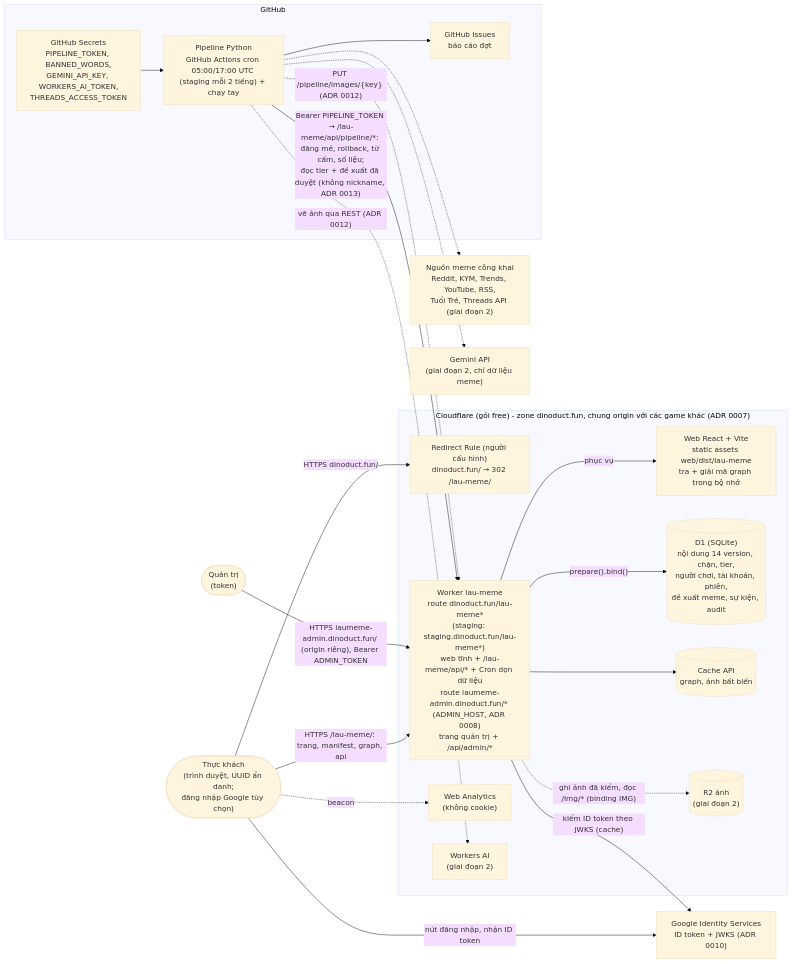
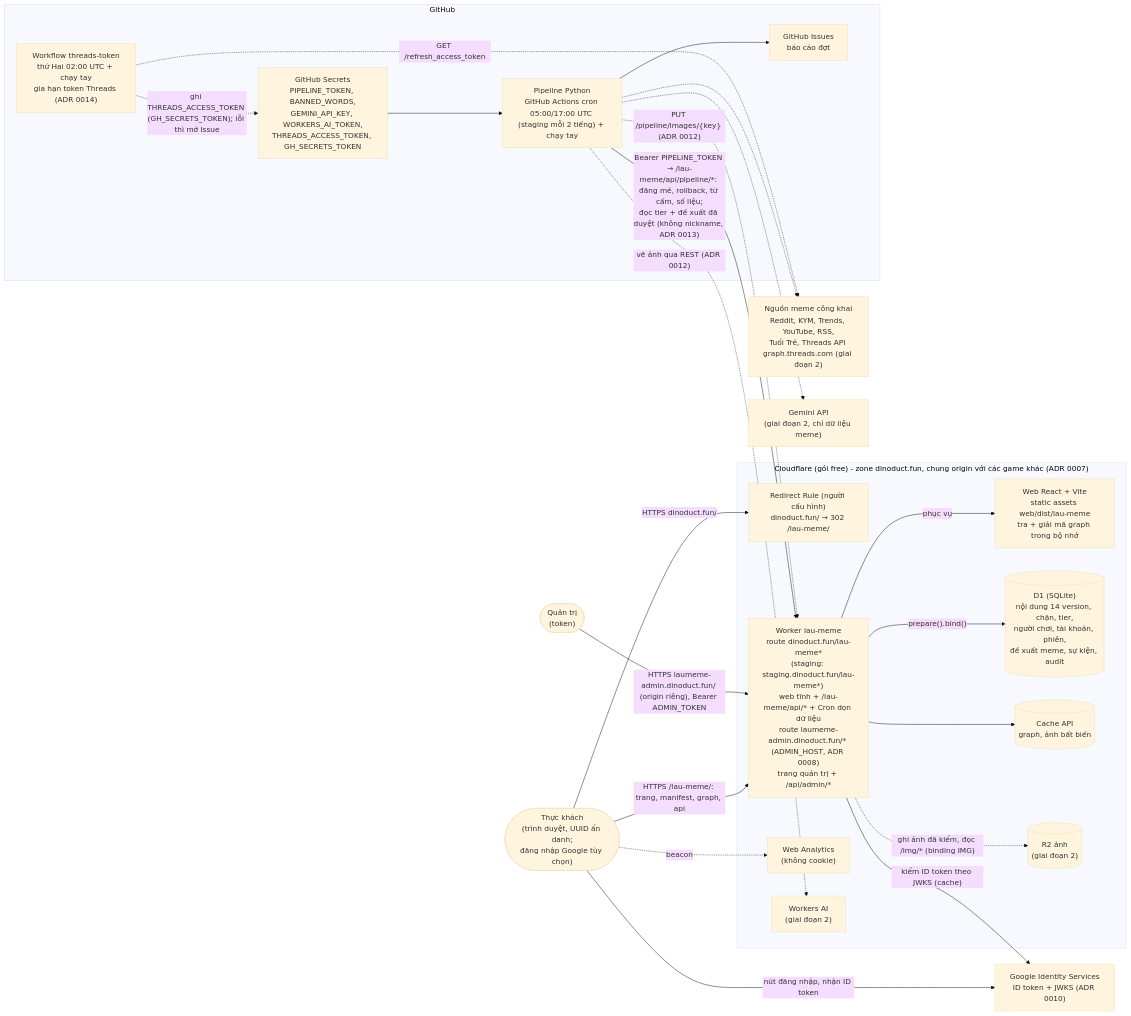
One commit to thucnq/lau-meme changed the diagram in docs/diagrams/system.mmd. Above: the diagram before and after it, drawn with Mermaid (base theme). The commit also changed 1 other file, not shown here.

Commit message:
design: ADR 0014 tự gia hạn token Threads (workflow riêng, PAT chỉ ghi secret), host graph.threads.com, cảnh báo 0 bài, /chinh-sach cho mọi GET; sơ đồ hệ thống
Claude-Session: https://claude.ai/code/session_017yKM1h5Tg5Ty7wSYjSJC74

```diff
--- a/docs/diagrams/system.mmd
+++ b/docs/diagrams/system.mmd
@@ -1,44 +1,46 @@
 %% C4 container - Lẩu Meme (giai đoạn 1; nét đứt = giai đoạn 2)
 flowchart LR
   player(["Thực khách<br/>(trình duyệt, UUID ẩn danh;<br/>đăng nhập Google tùy chọn)"])
   admin(["Quản trị<br/>(token)"])
 
   subgraph cf["Cloudflare (gói free) - zone dinoduct.fun, chung origin với các game khác (ADR 0007)"]
     redirect["Redirect Rule (người cấu hình)<br/>dinoduct.fun/ → 302 /lau-meme/"]
     worker["Worker lau-meme<br/>route dinoduct.fun/lau-meme*<br/>(staging: staging.dinoduct.fun/lau-meme*)<br/>web tĩnh + /lau-meme/api/* + Cron dọn dữ liệu<br/>route laumeme-admin.dinoduct.fun/* (ADMIN_HOST, ADR 0008)<br/>trang quản trị + /api/admin/*"]
     web["Web React + Vite<br/>static assets web/dist/lau-meme<br/>tra + giải mã graph trong bộ nhớ"]
     d1[("D1 (SQLite)<br/>nội dung 14 version, chặn, tier,<br/>người chơi, tài khoản, phiên,<br/>đề xuất meme, sự kiện, audit")]
     cache[("Cache API<br/>graph, ảnh bất biến")]
     wa["Web Analytics<br/>(không cookie)"]
     r2[("R2 ảnh<br/>(giai đoạn 2)")]
     wai["Workers AI<br/>(giai đoạn 2)"]
   end
 
   subgraph gh["GitHub"]
     actions["Pipeline Python<br/>GitHub Actions cron 05:00/17:00 UTC (staging mỗi 2 tiếng) + chạy tay"]
     issues["GitHub Issues<br/>báo cáo đợt"]
-    secrets["GitHub Secrets<br/>PIPELINE_TOKEN, BANNED_WORDS,<br/>GEMINI_API_KEY, WORKERS_AI_TOKEN,<br/>THREADS_ACCESS_TOKEN"]
+    secrets["GitHub Secrets<br/>PIPELINE_TOKEN, BANNED_WORDS,<br/>GEMINI_API_KEY, WORKERS_AI_TOKEN,<br/>THREADS_ACCESS_TOKEN, GH_SECRETS_TOKEN"]
+    tokenjob["Workflow threads-token<br/>thứ Hai 02:00 UTC + chạy tay<br/>gia hạn token Threads (ADR 0014)"]
   end
 
   google["Google Identity Services<br/>ID token + JWKS (ADR 0010)"]
-  %% TODO(doc): Threads API và THREADS_ACCESS_TOKEN (AC-PIPE-17) chưa có trong pipeline/src hay batch.yml; giữ trên sơ đồ theo thiết kế, xác nhận khi adapter được triển khai.
-  sources["Nguồn meme công khai<br/>Reddit, KYM, Trends, YouTube, RSS,<br/>Tuổi Trẻ, Threads API (giai đoạn 2)"]
+  sources["Nguồn meme công khai<br/>Reddit, KYM, Trends, YouTube, RSS,<br/>Tuổi Trẻ, Threads API graph.threads.com (giai đoạn 2)"]
   gemini["Gemini API<br/>(giai đoạn 2, chỉ dữ liệu meme)"]
 
   player -- "HTTPS dinoduct.fun/" --> redirect
   player -- "HTTPS /lau-meme/: trang, manifest, graph, api" --> worker
   admin -- "HTTPS laumeme-admin.dinoduct.fun/ (origin riêng), Bearer ADMIN_TOKEN" --> worker
   worker -- "phục vụ" --> web
   worker -- "prepare().bind()" --> d1
   worker --> cache
   player -. beacon .-> wa
   player -- "nút đăng nhập, nhận ID token" --> google
   worker -- "kiểm ID token theo JWKS (cache)" --> google
   actions -- "Bearer PIPELINE_TOKEN → /lau-meme/api/pipeline/*: đăng mẻ, rollback, từ cấm, số liệu;<br/>đọc tier + đề xuất đã duyệt (không nickname, ADR 0013)" --> worker
   actions --> issues
   secrets --> actions
   actions -.-> sources
   actions -.-> gemini
+  tokenjob -. "GET /refresh_access_token" .-> sources
+  tokenjob -. "ghi THREADS_ACCESS_TOKEN (GH_SECRETS_TOKEN); lỗi thì mở Issue" .-> secrets
   actions -. "vẽ ảnh qua REST (ADR 0012)" .-> wai
   actions -. "PUT /pipeline/images/{key} (ADR 0012)" .-> worker
   worker -. "ghi ảnh đã kiểm, đọc /img/* (binding IMG)" .-> r2
```
